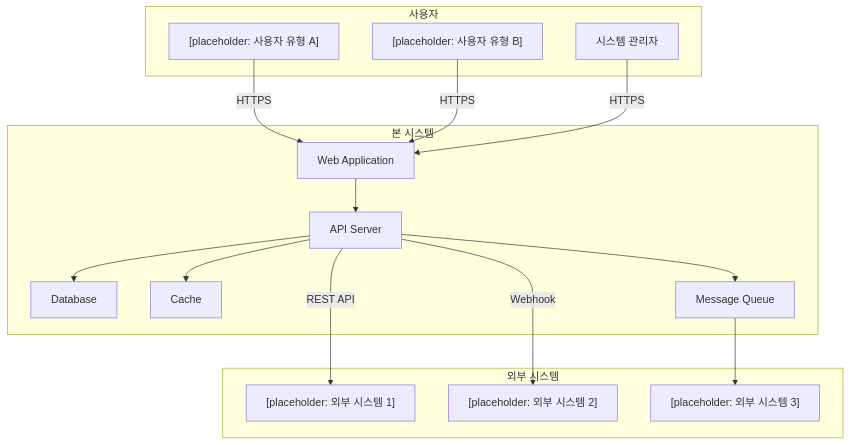
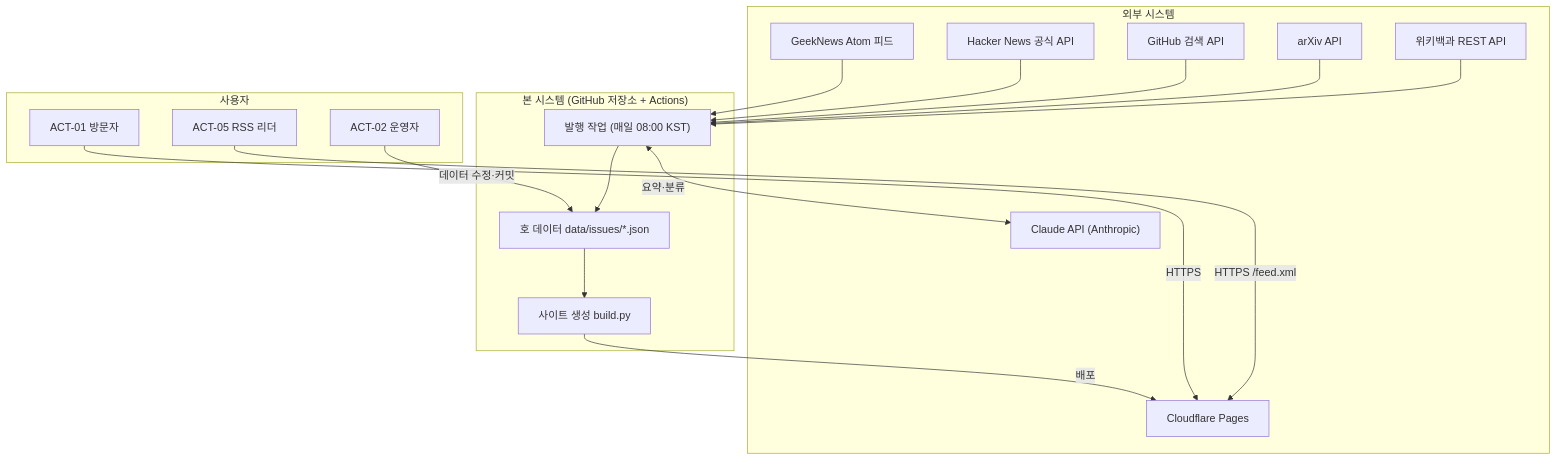
One commit to naneunimjee/2026-vibe-coding-adv changed the first of 2 diagrams in waterfall/01-요구사항분석/요구사항명세서-SRS.md. Above: the diagram before and after it, drawn with Mermaid. The commit also changed other lines of this file and 5 other files, not shown here.

````diff
--- a/waterfall/01-요구사항분석/요구사항명세서-SRS.md
+++ b/waterfall/01-요구사항분석/요구사항명세서-SRS.md
@@ -119,33 +114,37 @@
 ```mermaid
 graph TB
     subgraph "외부 시스템"
-        EXT1["[placeholder: 외부 시스템 1]"]
-        EXT2["[placeholder: 외부 시스템 2]"]
-        EXT3["[placeholder: 외부 시스템 3]"]
+        GN["GeekNews Atom 피드"]
+        HN["Hacker News 공식 API"]
+        GH["GitHub 검색 API"]
+        AX["arXiv API"]
+        WP["위키백과 REST API"]
+        CL["Claude API (Anthropic)"]
+        CF["Cloudflare Pages"]
     end
 
-    subgraph "본 시스템"
-        WEB["Web Application"]
-        API_SERVER["API Server"]
-        DB["Database"]
-        CACHE["Cache"]
-        QUEUE["Message Queue"]
+    subgraph "본 시스템 (GitHub 저장소 + Actions)"
+        JOB["발행 작업 (매일 08:00 KST)"]
+        DATA["호 데이터 data/issues/*.json"]
+        BUILD["사이트 생성 build.py"]
     end
 
     subgraph "사용자"
-        USER_A["[placeholder: 사용자 유형 A]"]
-        USER_B["[placeholder: 사용자 유형 B]"]
-        ADMIN["시스템 관리자"]
+        V["ACT-01 방문자"]
+        R["ACT-05 RSS 리더"]
+        OP["ACT-02 운영자"]
     end
 
-    USER_A -->|HTTPS| WEB
-    USER_B -->|HTTPS| WEB
-    ADMIN -->|HTTPS| WEB
-    WEB --> API_SERVER
-    API_SERVER --> DB
-    API_SERVER --> CACHE
-    API_SERVER --> QUEUE
-    API_SERVER -->|REST API| EXT1
-    API_SERVER -->|Webhook| EXT2
-    QUEUE --> EXT3
+    GN --> JOB
+    HN --> JOB
+    GH --> JOB
+    AX --> JOB
+    WP --> JOB
+    JOB <-->|요약·분류| CL
+    JOB --> DATA
+    DATA --> BUILD
+    BUILD -->|배포| CF
+    V -->|HTTPS| CF
+    R -->|HTTPS /feed.xml| CF
+    OP -->|데이터 수정·커밋| DATA
 ```
````
